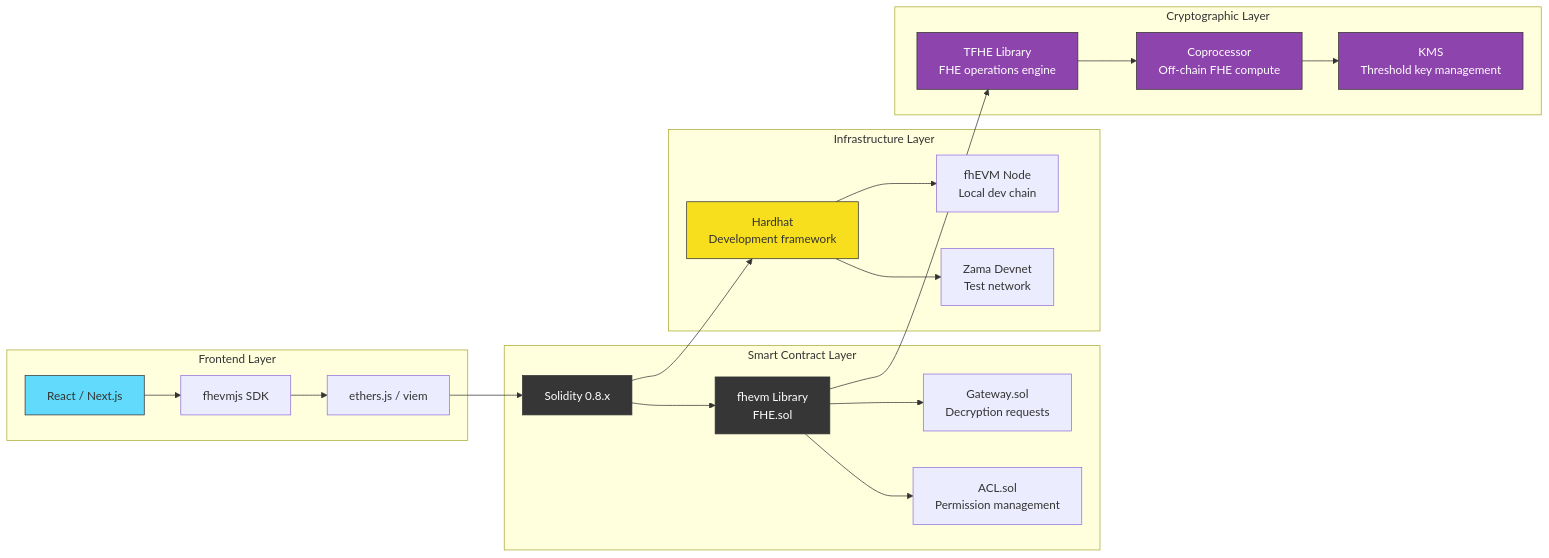
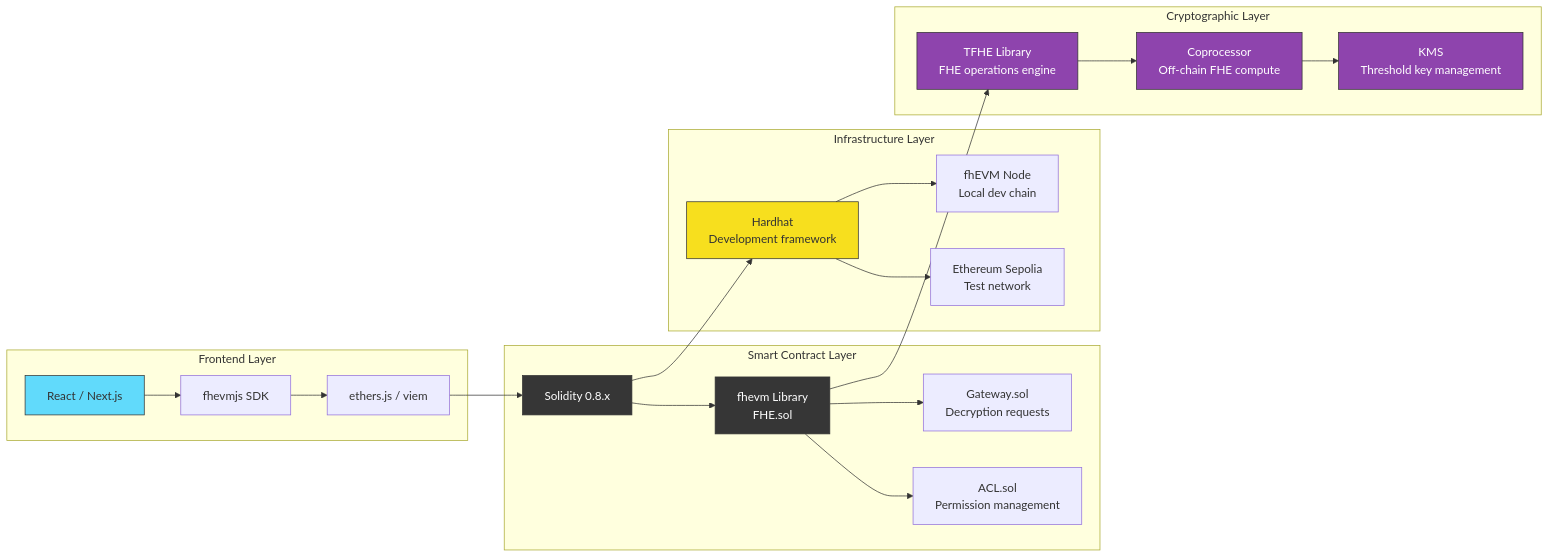
The third of 4 diagrams in diagrams/project-architecture.md (Himess/fhevm-bootcamp), drawn with Mermaid before and after one commit. The commit also changed 12 other files, not shown here.

````diff
--- a/diagrams/project-architecture.md
+++ b/diagrams/project-architecture.md
@@ -111,48 +111,48 @@
 ```mermaid
 graph LR
     subgraph "Frontend Layer"
         FE1[React / Next.js]
         FE2[fhevmjs SDK]
         FE3[ethers.js / viem]
     end
 
     subgraph "Smart Contract Layer"
         SC1[Solidity 0.8.x]
         SC2[fhevm Library<br/>FHE.sol]
         SC3[Gateway.sol<br/>Decryption requests]
         SC4[ACL.sol<br/>Permission management]
     end
 
     subgraph "Infrastructure Layer"
         IN1[Hardhat<br/>Development framework]
         IN2[fhEVM Node<br/>Local dev chain]
-        IN3[Zama Devnet<br/>Test network]
+        IN3[Ethereum Sepolia<br/>Test network]
     end
 
     subgraph "Cryptographic Layer"
         CR1[TFHE Library<br/>FHE operations engine]
         CR2[Coprocessor<br/>Off-chain FHE compute]
         CR3[KMS<br/>Threshold key management]
     end
 
     FE1 --> FE2
     FE2 --> FE3
     FE3 --> SC1
     SC1 --> SC2
     SC2 --> SC3
     SC2 --> SC4
     SC1 --> IN1
     IN1 --> IN2
     IN1 --> IN3
     SC2 --> CR1
     CR1 --> CR2
     CR2 --> CR3
 
     style FE1 fill:#61dafb,stroke:#333,color:#333
     style SC1 fill:#363636,stroke:#333,color:#fff
     style SC2 fill:#363636,stroke:#333,color:#fff
     style IN1 fill:#f7df1e,stroke:#333,color:#333
     style CR1 fill:#8e44ad,stroke:#333,color:#fff
     style CR2 fill:#8e44ad,stroke:#333,color:#fff
     style CR3 fill:#8e44ad,stroke:#333,color:#fff
 ```
````
